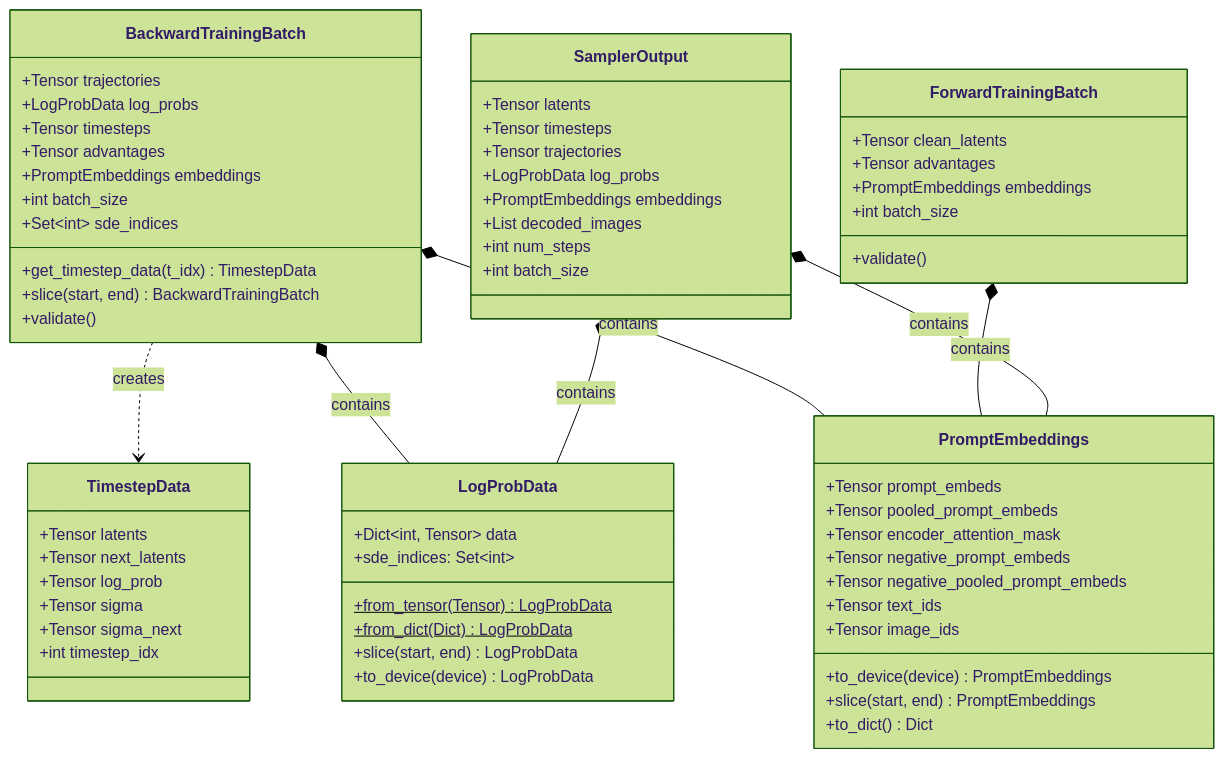
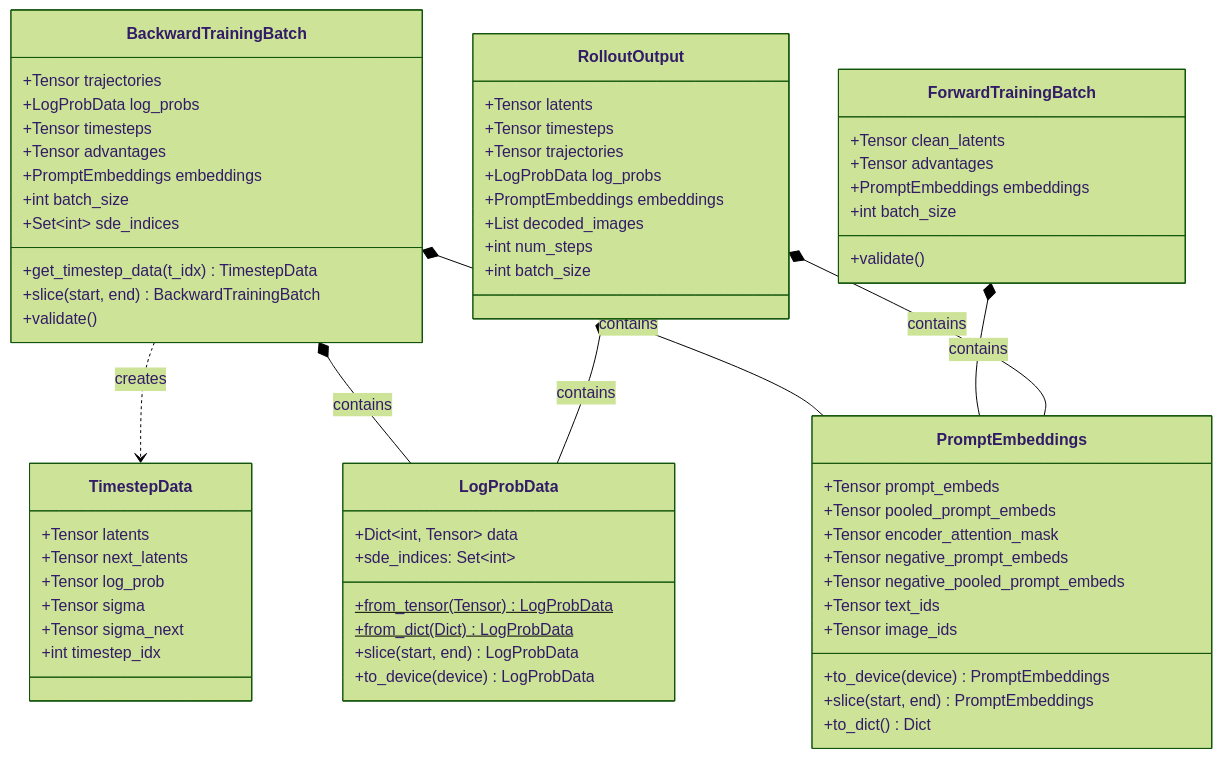
The fifth of 27 diagrams in docs/Diffusion_RL_Design_Analysis.md (celve/unirl), drawn with Mermaid (forest theme) before and after one commit. The commit also changed other lines of this file and 155 other files, not shown here.

First line of the commit message:
refactor: simplify entry points and align with slime architecture

````diff
--- a/docs/Diffusion_RL_Design_Analysis.md
+++ b/docs/Diffusion_RL_Design_Analysis.md
@@ -946,74 +945,74 @@
 ```mermaid
 classDiagram
     class LogProbData {
         +Dict~int, Tensor~ data
         +from_tensor(Tensor) LogProbData$
         +from_dict(Dict) LogProbData$
         +sde_indices: Set~int~
         +slice(start, end) LogProbData
         +to_device(device) LogProbData
     }
 
     class PromptEmbeddings {
         +Tensor prompt_embeds
         +Tensor pooled_prompt_embeds
         +Tensor encoder_attention_mask
         +Tensor negative_prompt_embeds
         +Tensor negative_pooled_prompt_embeds
         +Tensor text_ids
         +Tensor image_ids
         +to_device(device) PromptEmbeddings
         +slice(start, end) PromptEmbeddings
         +to_dict() Dict
     }
 
     class TimestepData {
         +Tensor latents
         +Tensor next_latents
         +Tensor log_prob
         +Tensor sigma
         +Tensor sigma_next
         +int timestep_idx
     }
 
     class BackwardTrainingBatch {
         +Tensor trajectories
         +LogProbData log_probs
         +Tensor timesteps
         +Tensor advantages
         +PromptEmbeddings embeddings
         +int batch_size
         +Set~int~ sde_indices
         +get_timestep_data(t_idx) TimestepData
         +slice(start, end) BackwardTrainingBatch
         +validate()
     }
 
     class ForwardTrainingBatch {
         +Tensor clean_latents
         +Tensor advantages
         +PromptEmbeddings embeddings
         +int batch_size
         +validate()
     }
 
-    class SamplerOutput {
+    class RolloutOutput {
         +Tensor latents
         +Tensor timesteps
         +Tensor trajectories
         +LogProbData log_probs
         +PromptEmbeddings embeddings
         +List decoded_images
         +int num_steps
         +int batch_size
     }
 
     BackwardTrainingBatch *-- LogProbData : contains
     BackwardTrainingBatch *-- PromptEmbeddings : contains
     BackwardTrainingBatch ..> TimestepData : creates
 
     ForwardTrainingBatch *-- PromptEmbeddings : contains
 
-    SamplerOutput *-- LogProbData : contains
-    SamplerOutput *-- PromptEmbeddings : contains
+    RolloutOutput *-- LogProbData : contains
+    RolloutOutput *-- PromptEmbeddings : contains
 ```
````
